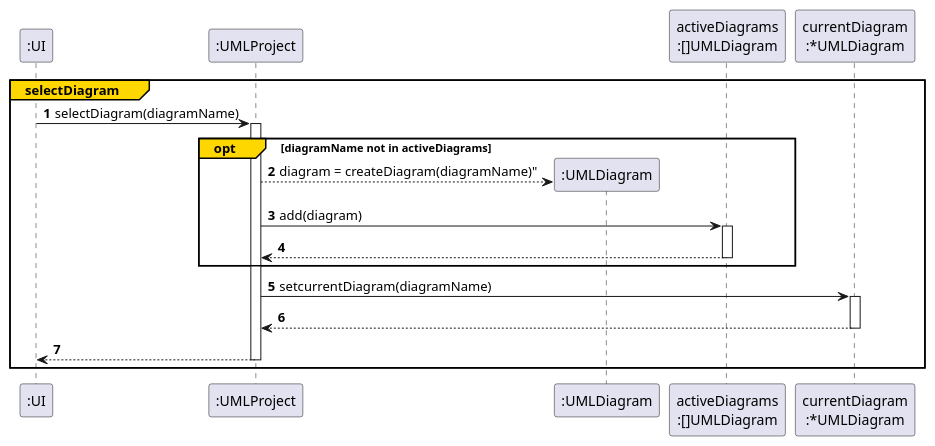
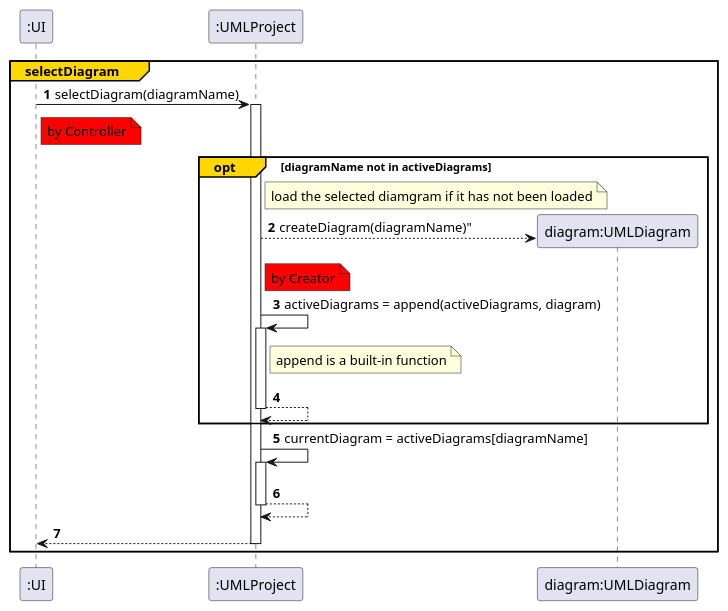
One commit to Vghxv/Dr.UML__________________ changed the second of 15 diagrams in docs/graphs/ssd.iuml. Above: the diagram before and after it, drawn with PlantUML. The commit also changed other lines of this file and 2 other files, not shown here.

Commit message:
docs(diagram): add SSD and class diagram

```diff
--- a/docs/graphs/ssd.iuml
+++ b/docs/graphs/ssd.iuml
@@ -32,16 +35,19 @@
 @startuml
 autonumber
 autoactivate on
 group#gold #white selectDiagram
     ":UI" -> ":UMLProject": selectDiagram(diagramName)
+    note right of ":UI" #red: by Controller
     opt#gold #white diagramName not in activeDiagrams
-        ":UMLProject" --> ":UMLDiagram" ** : diagram = createDiagram(diagramName)"
-        participant "activeDiagrams\n:[]UMLDiagram"
-        ":UMLProject" -> "activeDiagrams\n:[]UMLDiagram": add(diagram)
+        note right of ":UMLProject": load the selected diamgram if it has not been loaded
+        ":UMLProject" --> "diagram:UMLDiagram" ** :  createDiagram(diagramName)"
+        note right of ":UMLProject" #red: by Creator
+        ":UMLProject" -> ":UMLProject": activeDiagrams = append(activeDiagrams, diagram)
+        note right of ":UMLProject": append is a built-in function
         return
     end
-    ":UMLProject" -> "currentDiagram\n:*UMLDiagram" : setcurrentDiagram(diagramName)
+    ":UMLProject" -> ":UMLProject" : currentDiagram = activeDiagrams[diagramName]
     return 
     return
 end selectDiagram
 @enduml
```
